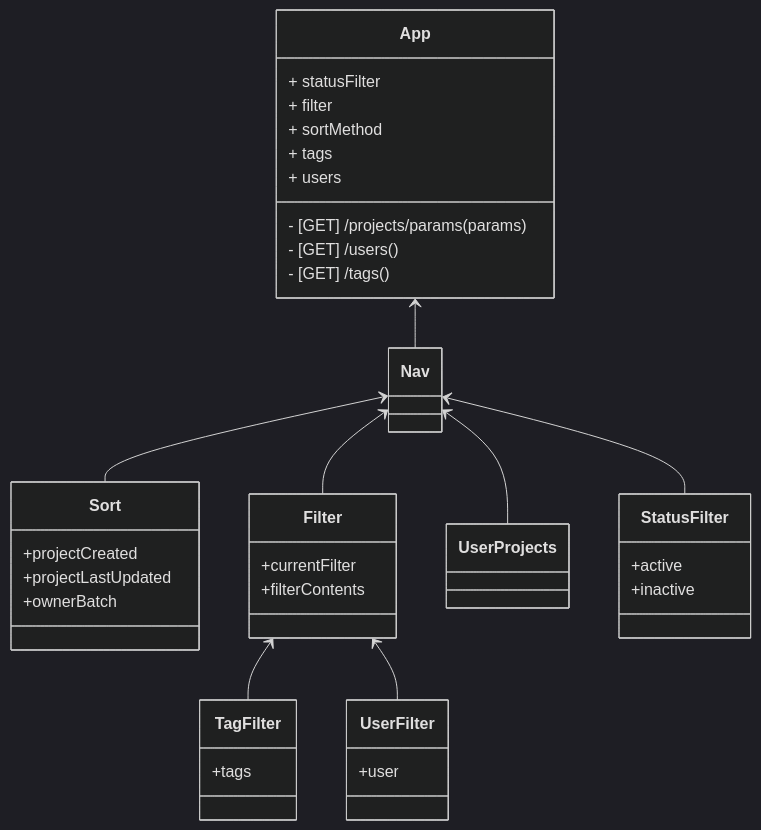
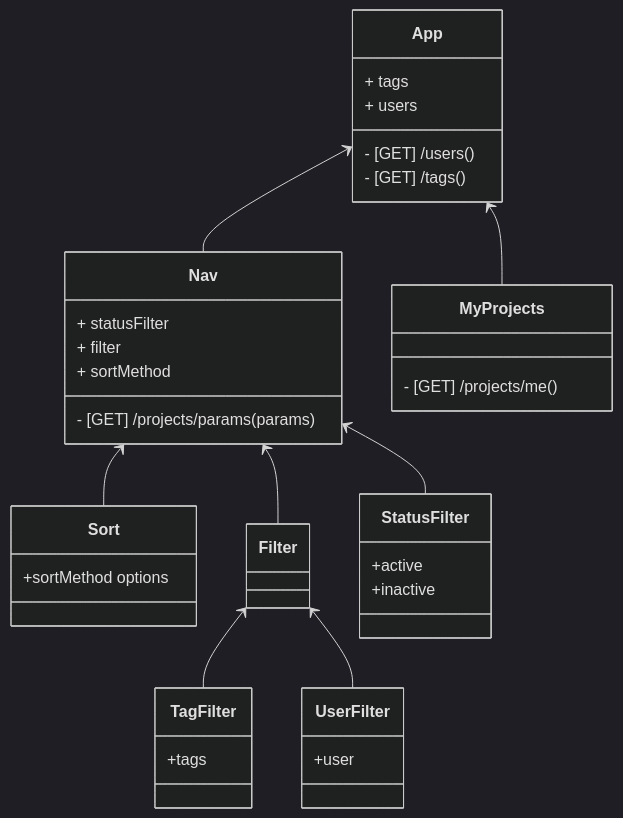
Before and after one commit to ArtSze/rc-prjkt-client: the diagram in documentation/nav-diagram.md, drawn with Mermaid (dark theme). The commit also changed 9 other files, not shown here.

````diff
--- a/documentation/nav-diagram.md
+++ b/documentation/nav-diagram.md
@@ -74,48 +74,48 @@
 ```mermaid
 classDiagram
 App <--  Nav
+App <-- MyProjects
     Nav <--  Sort
     Nav <--  Filter
     Filter <--  TagFilter
     Filter <--  UserFilter
-    Nav <--  UserProjects
     Nav <--  StatusFilter
 
     class App{
-    + statusFilter<active, inactive>
-    + filter<type: tag/user>
-    + sortMethod
-    + tags
-    + users
-    - [GET] /projects/params (params)
-    - [GET] /users ()
-    - [GET] /tags ()
+        + tags
+        + users
+        - [GET] /users ()
+        - [GET] /tags ()
+    }
+
+    class Nav{
+        + statusFilter<active, inactive, undefined>
+        + filter<tag[] | user>
+        + sortMethod
+        - [GET] /projects/params (params)
+    }
+
+    class MyProjects {
+    - [GET] /projects/me ()
     }
 
     class Sort{
-    +projectCreated
-    +projectLastUpdated
-    +ownerBatch
+        +sortMethod options <created, updated, batch>
     }
 
     class Filter{
-    +currentFilter<tag, user>
-    +filterContents
     }
 
     class TagFilter{
     +tags<tag[]>
     }
 
     class UserFilter{
     +user<rcID>
     }
 
     class StatusFilter {
     +active<bool>
     +inactive<bool>
     }
-
-    class UserProjects{
-    }
 ```
````
